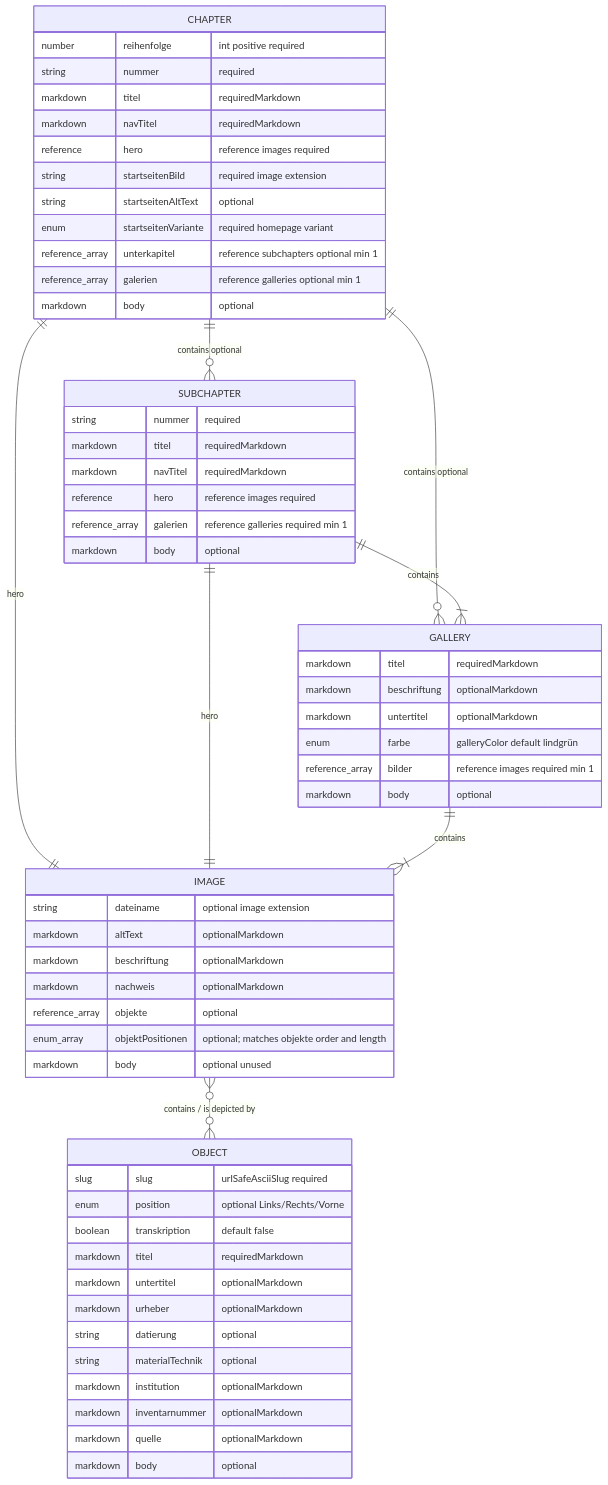
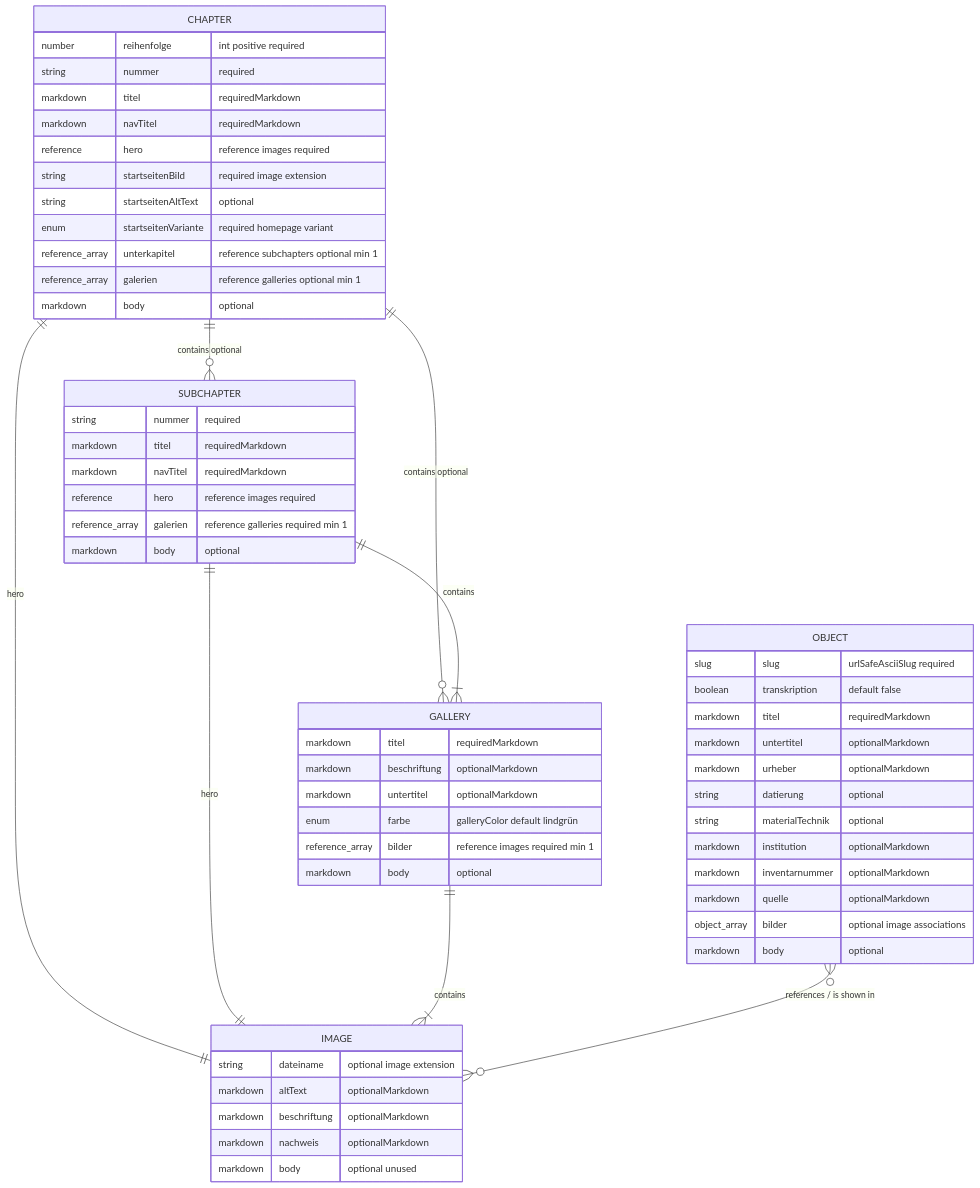
Before and after one commit to Theodor-Springmann-Stiftung/hebel-ausstellung: the diagram in docs/content-model.md, drawn with Mermaid. The commit also changed other lines of this file and 239 other files, not shown here.

Commit message:
REFACTOR: inverse image file-object relations

````diff
--- a/docs/content-model.md
+++ b/docs/content-model.md
@@ -278,67 +292,65 @@
 ```mermaid
 erDiagram
   CHAPTER ||--o{ SUBCHAPTER : "contains optional"
   CHAPTER ||--o{ GALLERY : "contains optional"
   CHAPTER ||--|| IMAGE : "hero"
   SUBCHAPTER ||--|{ GALLERY : "contains"
   SUBCHAPTER ||--|| IMAGE : "hero"
   GALLERY ||--|{ IMAGE : "contains"
-  IMAGE }o--o{ OBJECT : "contains / is depicted by"
+  OBJECT }o--o{ IMAGE : "references / is shown in"
 
   CHAPTER {
     number reihenfolge "int positive required"
     string nummer "required"
     markdown titel "requiredMarkdown"
     markdown navTitel "requiredMarkdown"
     reference hero "reference images required"
     string startseitenBild "required image extension"
     string startseitenAltText "optional"
     enum startseitenVariante "required homepage variant"
     reference_array unterkapitel "reference subchapters optional min 1"
     reference_array galerien "reference galleries optional min 1"
     markdown body "optional"
   }
 
   SUBCHAPTER {
     string nummer "required"
     markdown titel "requiredMarkdown"
     markdown navTitel "requiredMarkdown"
     reference hero "reference images required"
     reference_array galerien "reference galleries required min 1"
     markdown body "optional"
   }
 
   GALLERY {
     markdown titel "requiredMarkdown"
     markdown beschriftung "optionalMarkdown"
     markdown untertitel "optionalMarkdown"
     enum farbe "galleryColor default lindgrün"
     reference_array bilder "reference images required min 1"
     markdown body "optional"
   }
 
   IMAGE {
     string dateiname "optional image extension"
     markdown altText "optionalMarkdown"
     markdown beschriftung "optionalMarkdown"
     markdown nachweis "optionalMarkdown"
-    reference_array objekte "optional"
-    enum_array objektPositionen "optional; matches objekte order and length"
     markdown body "optional unused"
   }
 
   OBJECT {
     slug slug "urlSafeAsciiSlug required"
-    enum position "optional Links/Rechts/Vorne"
     boolean transkription "default false"
     markdown titel "requiredMarkdown"
     markdown untertitel "optionalMarkdown"
     markdown urheber "optionalMarkdown"
     string datierung "optional"
     string materialTechnik "optional"
     markdown institution "optionalMarkdown"
     markdown inventarnummer "optionalMarkdown"
     markdown quelle "optionalMarkdown"
+    object_array bilder "optional image associations"
     markdown body "optional"
   }
 ```
````
